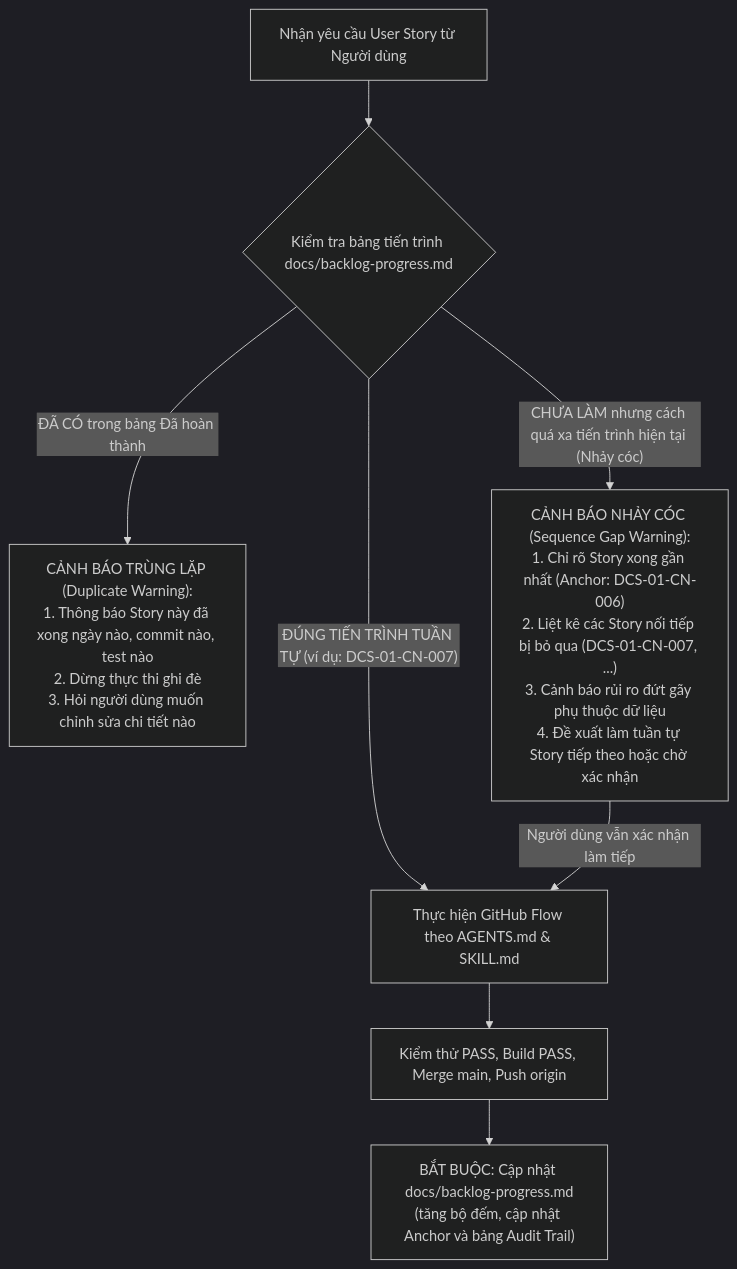
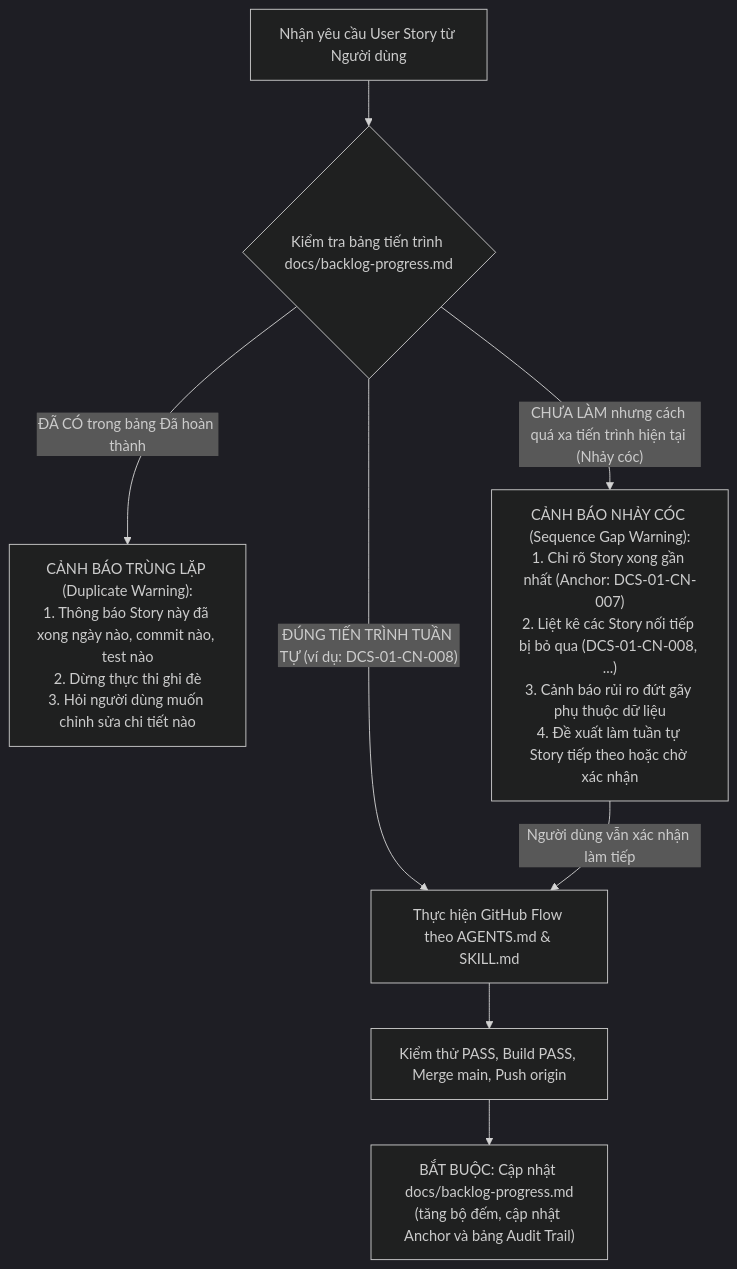
Before and after one commit to hienvanla5/dia_chinh_so: the diagram in docs/backlog-progress.md, drawn with Mermaid (dark theme). The commit also changed other lines of this file and 1 other file, not shown here.

Commit message:
docs(api): document password policy endpoints and update progress for DCS-01-CN-007

````diff
--- a/docs/backlog-progress.md
+++ b/docs/backlog-progress.md
@@ -135,14 +156,14 @@
 ```mermaid
 flowchart TD
     Req["Nhận yêu cầu User Story từ Người dùng"] --> CheckTable{"Kiểm tra bảng tiến trình docs/backlog-progress.md"}
     
     CheckTable -- "ĐÃ CÓ trong bảng Đã hoàn thành" --> WarnDup["CẢNH BÁO TRÙNG LẶP (Duplicate Warning):<br>1. Thông báo Story này đã xong ngày nào, commit nào, test nào<br>2. Dừng thực thi ghi đè<br>3. Hỏi người dùng muốn chỉnh sửa chi tiết nào"]
     
-    CheckTable -- "CHƯA LÀM nhưng cách quá xa tiến trình hiện tại (Nhảy cóc)" --> WarnGap["CẢNH BÁO NHẢY CÓC (Sequence Gap Warning):<br>1. Chỉ rõ Story xong gần nhất (Anchor: DCS-01-CN-006)<br>2. Liệt kê các Story nối tiếp bị bỏ qua (DCS-01-CN-007, ...)<br>3. Cảnh báo rủi ro đứt gãy phụ thuộc dữ liệu<br>4. Đề xuất làm tuần tự Story tiếp theo hoặc chờ xác nhận"]
+    CheckTable -- "CHƯA LÀM nhưng cách quá xa tiến trình hiện tại (Nhảy cóc)" --> WarnGap["CẢNH BÁO NHẢY CÓC (Sequence Gap Warning):<br>1. Chỉ rõ Story xong gần nhất (Anchor: DCS-01-CN-007)<br>2. Liệt kê các Story nối tiếp bị bỏ qua (DCS-01-CN-008, ...)<br>3. Cảnh báo rủi ro đứt gãy phụ thuộc dữ liệu<br>4. Đề xuất làm tuần tự Story tiếp theo hoặc chờ xác nhận"]
     
-    CheckTable -- "ĐÚNG TIẾN TRÌNH TUẦN TỰ (ví dụ: DCS-01-CN-007)" --> RunStory["Thực hiện GitHub Flow theo AGENTS.md & SKILL.md"]
+    CheckTable -- "ĐÚNG TIẾN TRÌNH TUẦN TỰ (ví dụ: DCS-01-CN-008)" --> RunStory["Thực hiện GitHub Flow theo AGENTS.md & SKILL.md"]
     WarnGap -- "Người dùng vẫn xác nhận làm tiếp" --> RunStory
     
     RunStory --> Done["Kiểm thử PASS, Build PASS, Merge main, Push origin"]
     Done --> UpdateLog["BẮT BUỘC: Cập nhật docs/backlog-progress.md<br>(tăng bộ đếm, cập nhật Anchor và bảng Audit Trail)"]
 ```
````
